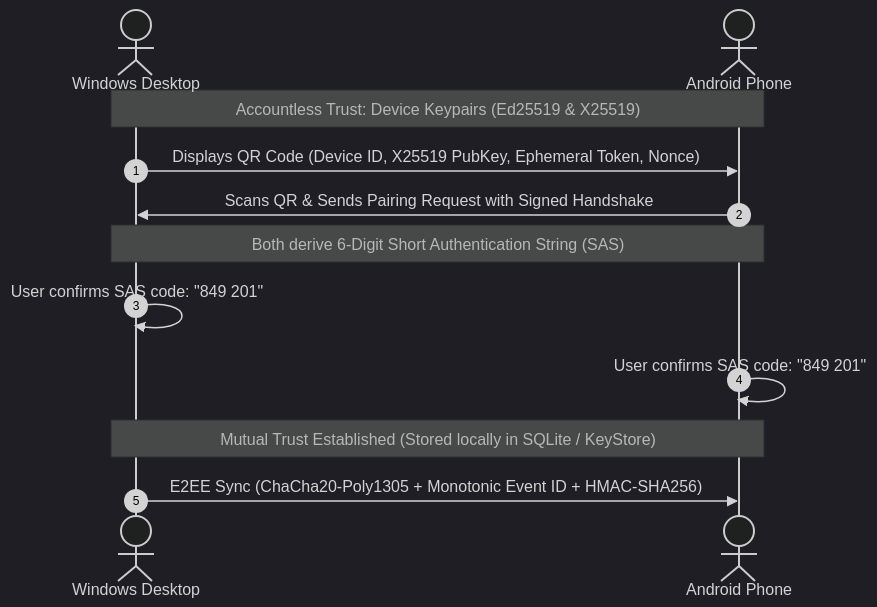
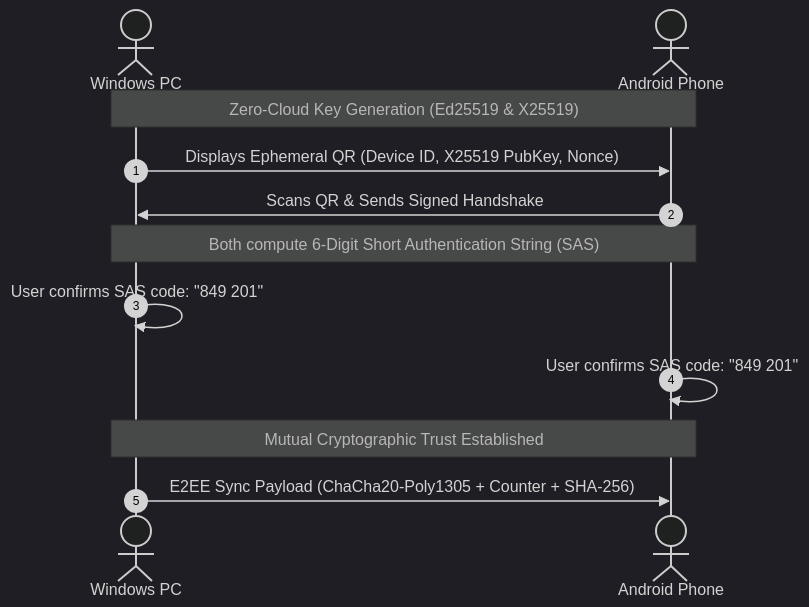
Before and after one commit to Rohanjm911/ClipSync: the diagram in README.md, drawn with Mermaid (dark theme). The commit also changed other lines of this file and 105 other files, not shown here.

Commit message:
feat: complete cross-platform ClipSync with Bluetooth direct sync, onboarding, zero-trust clean slate, and pre-built binaries

````diff
--- a/README.md
+++ b/README.md
@@ -102,14 +97,14 @@
 ```mermaid
 sequenceDiagram
     autonumber
-    actor Alice as Windows Desktop
+    actor Alice as Windows PC
     actor Bob as Android Phone
-    Note over Alice,Bob: Accountless Trust: Device Keypairs (Ed25519 & X25519)
-    Alice->>Bob: Displays QR Code (Device ID, X25519 PubKey, Ephemeral Token, Nonce)
-    Bob->>Alice: Scans QR & Sends Pairing Request with Signed Handshake
-    Note over Alice,Bob: Both derive 6-Digit Short Authentication String (SAS)
+    Note over Alice,Bob: Zero-Cloud Key Generation (Ed25519 & X25519)
+    Alice->>Bob: Displays Ephemeral QR (Device ID, X25519 PubKey, Nonce)
+    Bob->>Alice: Scans QR & Sends Signed Handshake
+    Note over Alice,Bob: Both compute 6-Digit Short Authentication String (SAS)
     Alice->>Alice: User confirms SAS code: "849 201"
     Bob->>Bob: User confirms SAS code: "849 201"
-    Note over Alice,Bob: Mutual Trust Established (Stored locally in SQLite / KeyStore)
-    Alice->>Bob: E2EE Sync (ChaCha20-Poly1305 + Monotonic Event ID + HMAC-SHA256)
+    Note over Alice,Bob: Mutual Cryptographic Trust Established
+    Alice->>Bob: E2EE Sync Payload (ChaCha20-Poly1305 + Counter + SHA-256)
 ```
````
